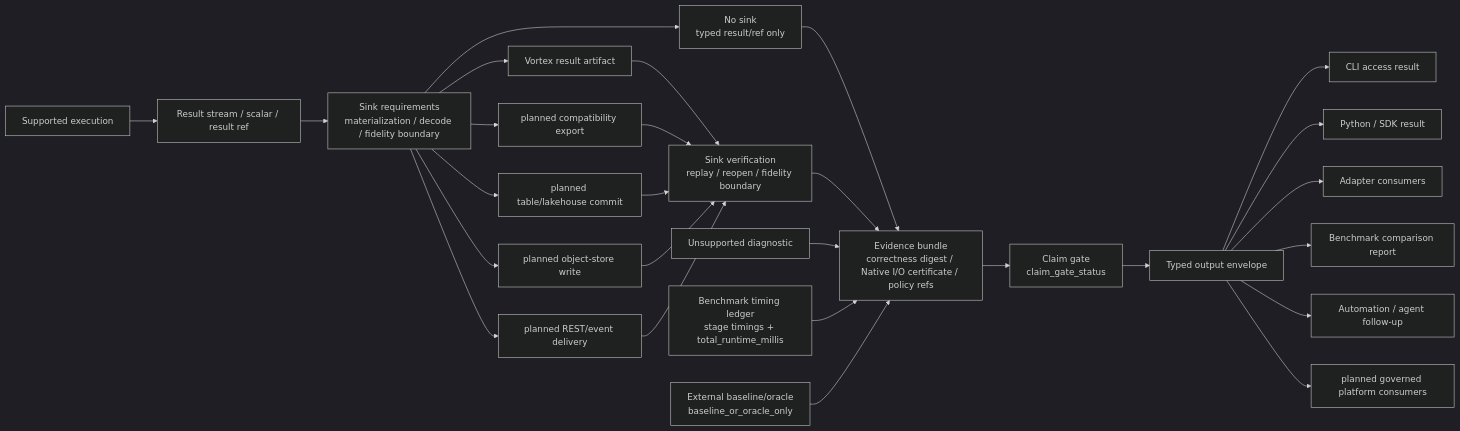
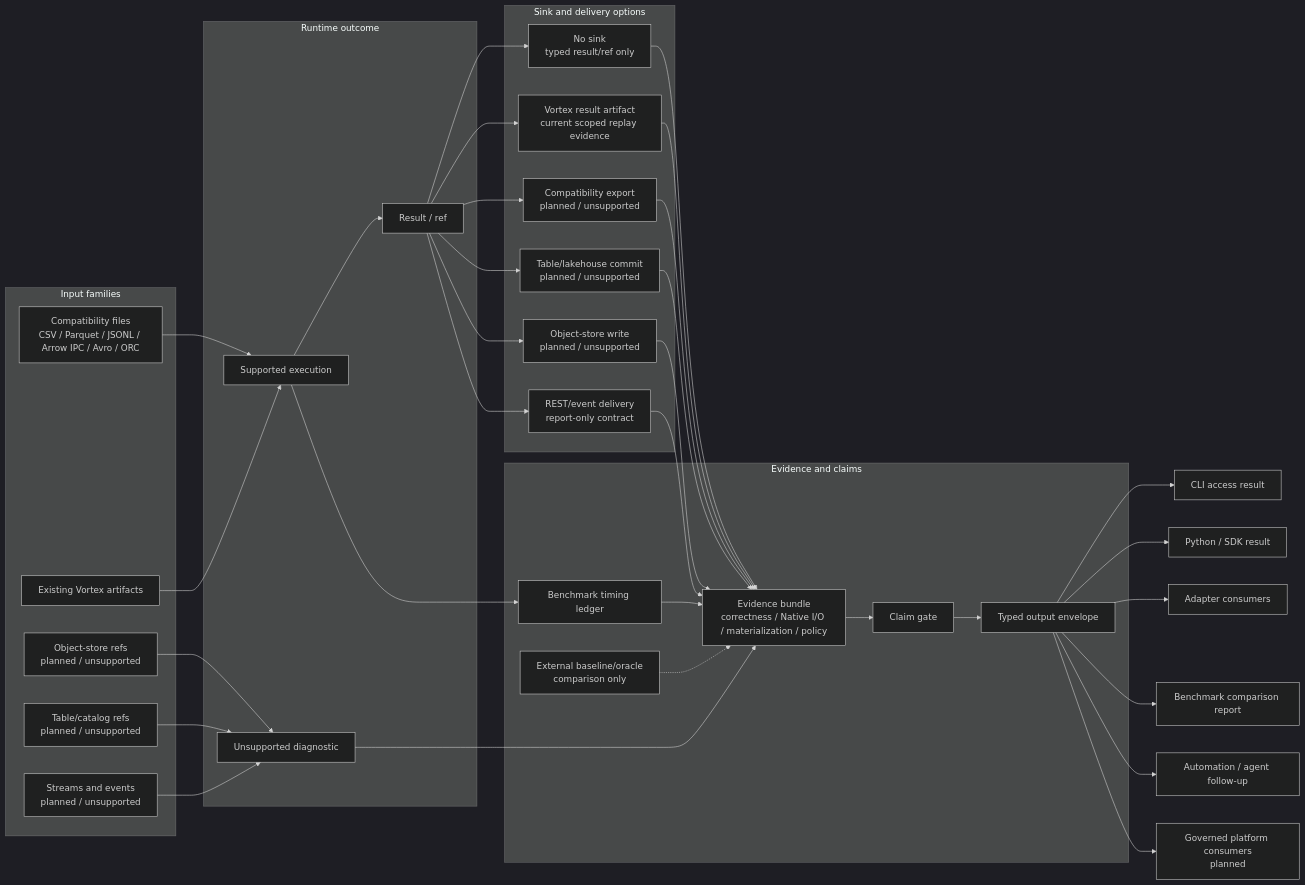
The fourth of 5 diagrams in docs/architecture/compute-engine-flow-reference.md (depsilon/shardloom), drawn with Mermaid (dark theme) before and after one commit. The commit also changed other lines of this file and 13 other files, not shown here.

Commit message:
Add native unsupported coverage diagnostics (#575)

````diff
--- a/docs/architecture/compute-engine-flow-reference.md
+++ b/docs/architecture/compute-engine-flow-reference.md
@@ -213,46 +243,57 @@
 ```mermaid
 flowchart LR
-    accTitle: ShardLoom evidence, claim, and downstream use flow
-    accDescr {
-    Supported execution, unsupported diagnostics, sink verification, and benchmark baselines produce
-    evidence. The claim gate controls what CLI, Python, adapters, benchmarks, automation, and
-    planned platform consumers may report.
-    }
+    subgraph INPUTS["Input families"]
+        COMPAT_INPUT["Compatibility files<br/>CSV / Parquet / JSONL / Arrow IPC / Avro / ORC"]
+        VORTEX_INPUT["Existing Vortex artifacts"]
+        OBJECT_INPUT["Object-store refs<br/>planned / unsupported"]
+        TABLE_INPUT["Table/catalog refs<br/>planned / unsupported"]
+        STREAM_INPUT["Streams and events<br/>planned / unsupported"]
+    end
 
-    EXEC["Supported execution"]
-    BLOCK["Unsupported diagnostic"]
-    RESULT["Result stream / scalar / result ref"]
-    SINKREQ["Sink requirements<br/>materialization / decode / fidelity boundary"]
-    S0["No sink<br/>typed result/ref only"]
-    S1["Vortex result artifact"]
-    S2["planned compatibility export"]
-    S3["planned table/lakehouse commit"]
-    S4["planned object-store write"]
-    S5["planned REST/event delivery"]
-    SINK["Sink verification<br/>replay / reopen / fidelity boundary"]
-    TIMING["Benchmark timing ledger<br/>stage timings + total_runtime_millis"]
-    BASE["External baseline/oracle<br/>baseline_or_oracle_only"]
-    EVID["Evidence bundle<br/>correctness digest / Native I/O certificate / policy refs"]
-    GATE["Claim gate<br/>claim_gate_status"]
-    OUT["Typed output envelope"]
+    subgraph RUNTIME["Runtime outcome"]
+        EXECUTE["Supported execution"]
+        UNSUPPORTED["Unsupported diagnostic"]
+        RESULT["Result / ref"]
+    end
 
-    EXEC --> RESULT --> SINKREQ
-    SINKREQ --> S0 --> EVID
-    SINKREQ --> S1 --> SINK
-    SINKREQ --> S2 --> SINK
-    SINKREQ --> S3 --> SINK
-    SINKREQ --> S4 --> SINK
-    SINKREQ --> S5 --> SINK
-    SINK --> EVID
-    BLOCK --> EVID
-    TIMING --> EVID
-    BASE --> EVID
-    EVID --> GATE --> OUT
+    subgraph SINKS["Sink and delivery options"]
+        NO_SINK["No sink<br/>typed result/ref only"]
+        VORTEX_SINK["Vortex result artifact<br/>current scoped replay evidence"]
+        COMPAT_EXPORT["Compatibility export<br/>planned / unsupported"]
+        TABLE_COMMIT["Table/lakehouse commit<br/>planned / unsupported"]
+        OBJECT_WRITE["Object-store write<br/>planned / unsupported"]
+        REST_EVENT["REST/event delivery<br/>report-only contract"]
+    end
 
-    OUT --> D1["CLI access result"]
-    OUT --> D2["Python / SDK result"]
-    OUT --> D3["Adapter consumers"]
-    OUT --> D4["Benchmark comparison report"]
-    OUT --> D5["Automation / agent follow-up"]
-    OUT --> D6["planned governed platform consumers"]
+    subgraph CLAIMS["Evidence and claims"]
+        TIMING["Benchmark timing ledger"]
+        BASELINE["External baseline/oracle<br/>comparison only"]
+        EVIDENCE["Evidence bundle<br/>correctness / Native I/O / materialization / policy"]
+        CLAIM["Claim gate"]
+        ENVELOPE["Typed output envelope"]
+    end
+
+    COMPAT_INPUT --> EXECUTE
+    VORTEX_INPUT --> EXECUTE
+    OBJECT_INPUT --> UNSUPPORTED
+    TABLE_INPUT --> UNSUPPORTED
+    STREAM_INPUT --> UNSUPPORTED
+    EXECUTE --> RESULT
+    UNSUPPORTED --> EVIDENCE
+    RESULT --> NO_SINK --> EVIDENCE
+    RESULT --> VORTEX_SINK --> EVIDENCE
+    RESULT --> COMPAT_EXPORT --> EVIDENCE
+    RESULT --> TABLE_COMMIT --> EVIDENCE
+    RESULT --> OBJECT_WRITE --> EVIDENCE
+    RESULT --> REST_EVENT --> EVIDENCE
+    EXECUTE --> TIMING --> EVIDENCE
+    BASELINE -.-> EVIDENCE
+    EVIDENCE --> CLAIM --> ENVELOPE
+
+    ENVELOPE --> CLI_RESULT["CLI access result"]
+    ENVELOPE --> PY_RESULT["Python / SDK result"]
+    ENVELOPE --> ADAPTER_RESULT["Adapter consumers"]
+    ENVELOPE --> BENCH_RESULT["Benchmark comparison report"]
+    ENVELOPE --> AUTO_RESULT["Automation / agent follow-up"]
+    ENVELOPE --> PLATFORM_RESULT["Governed platform consumers<br/>planned"]
 ```
````
